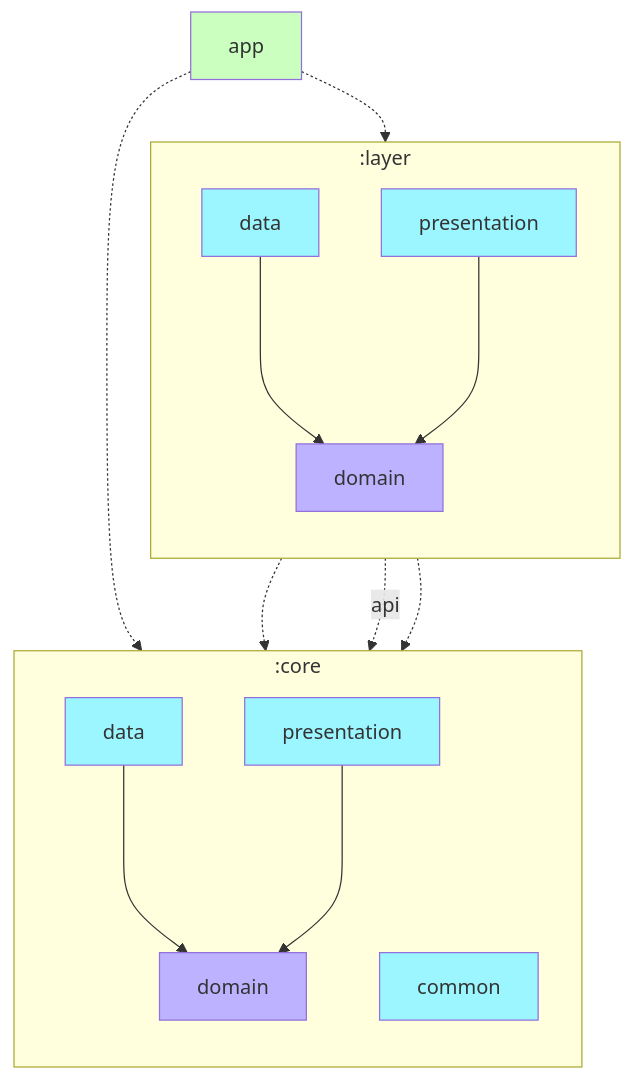
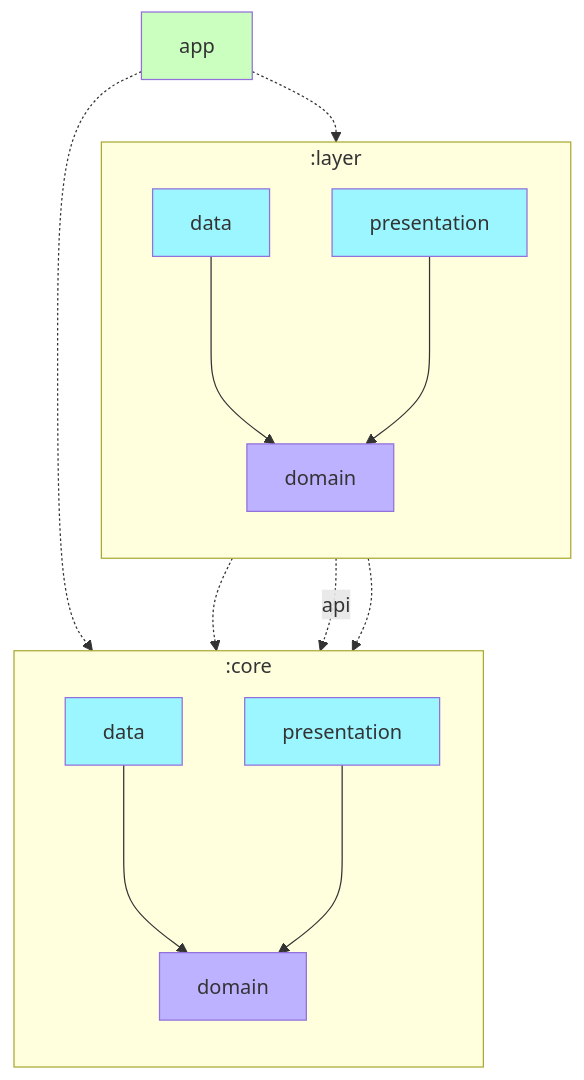
Before and after one commit to Turnin-Dev/turnin-android: the diagram in README.md, drawn with Mermaid. The commit also changed other lines of this file and 1 other file, not shown here.

Commit message:
refactor: README.md 업데이트, 중복 종속성 제거

````diff
--- a/README.md
+++ b/README.md
@@ -81,29 +81,28 @@
 ```mermaid
 graph TB
     subgraph :core
         direction TB
         :core:data[data]:::android-library
         :core:domain[domain]:::jvm-library
         :core:presentation[presentation]:::android-library
-        :core:common[common]:::android-library
     end
     subgraph :layer
         direction TB
         :layer:data[data]:::android-library
         :layer:domain[domain]:::jvm-library
         :layer:presentation[presentation]:::android-library
     end
     :app[app]:::android-application
     :app -.-> :layer
     :app -.-> :core
     :core:data ---> :core:domain
     :core:presentation ---> :core:domain
     :layer:data ---> :layer:domain
     :layer:presentation ---> :layer:domain
     :layer:data -.-> :core:data
     :layer:domain -. api .-> :core:domain
     :layer:presentation -.-> :core:presentation
     classDef android-application fill: #CAFFBF
     classDef android-library fill: #9BF6FF
     classDef jvm-library fill: #BDB2FF
 ```
````
